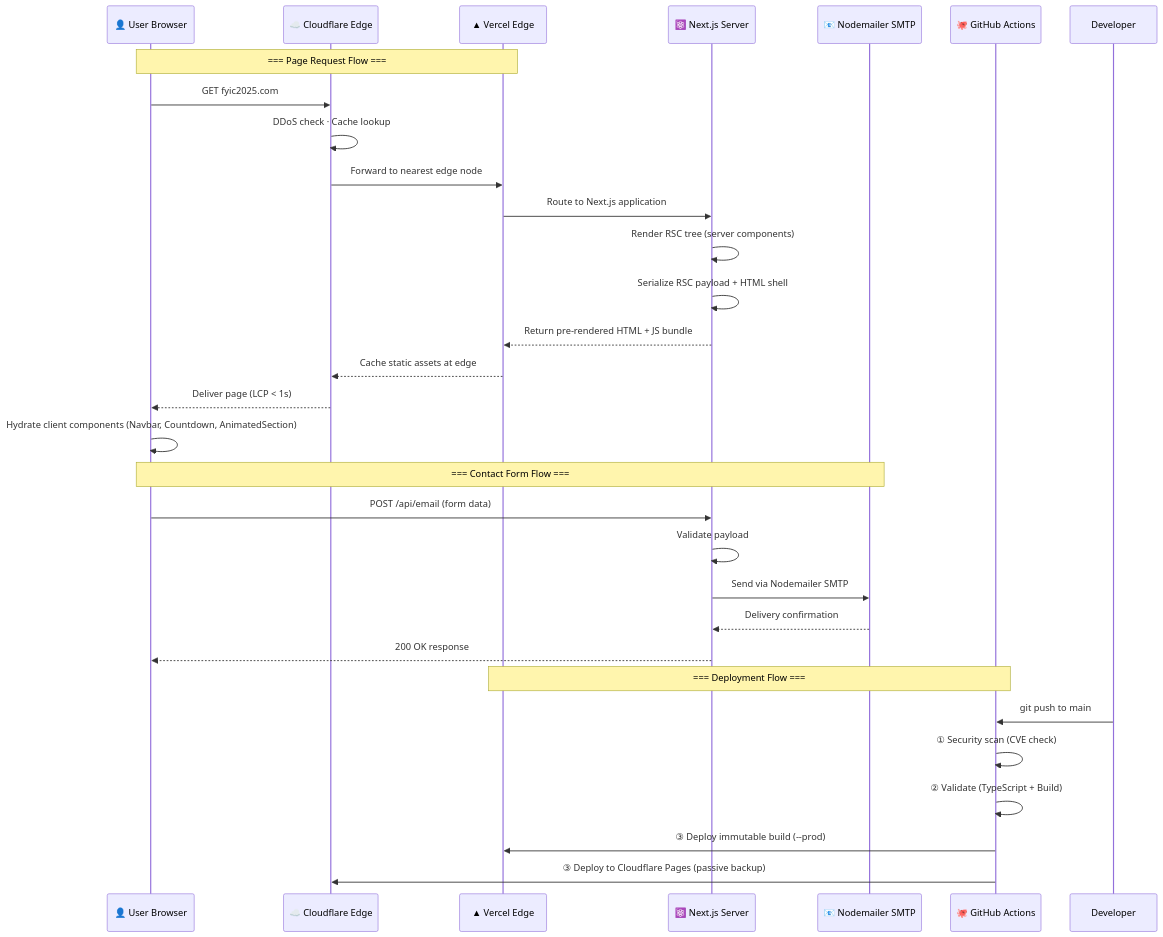
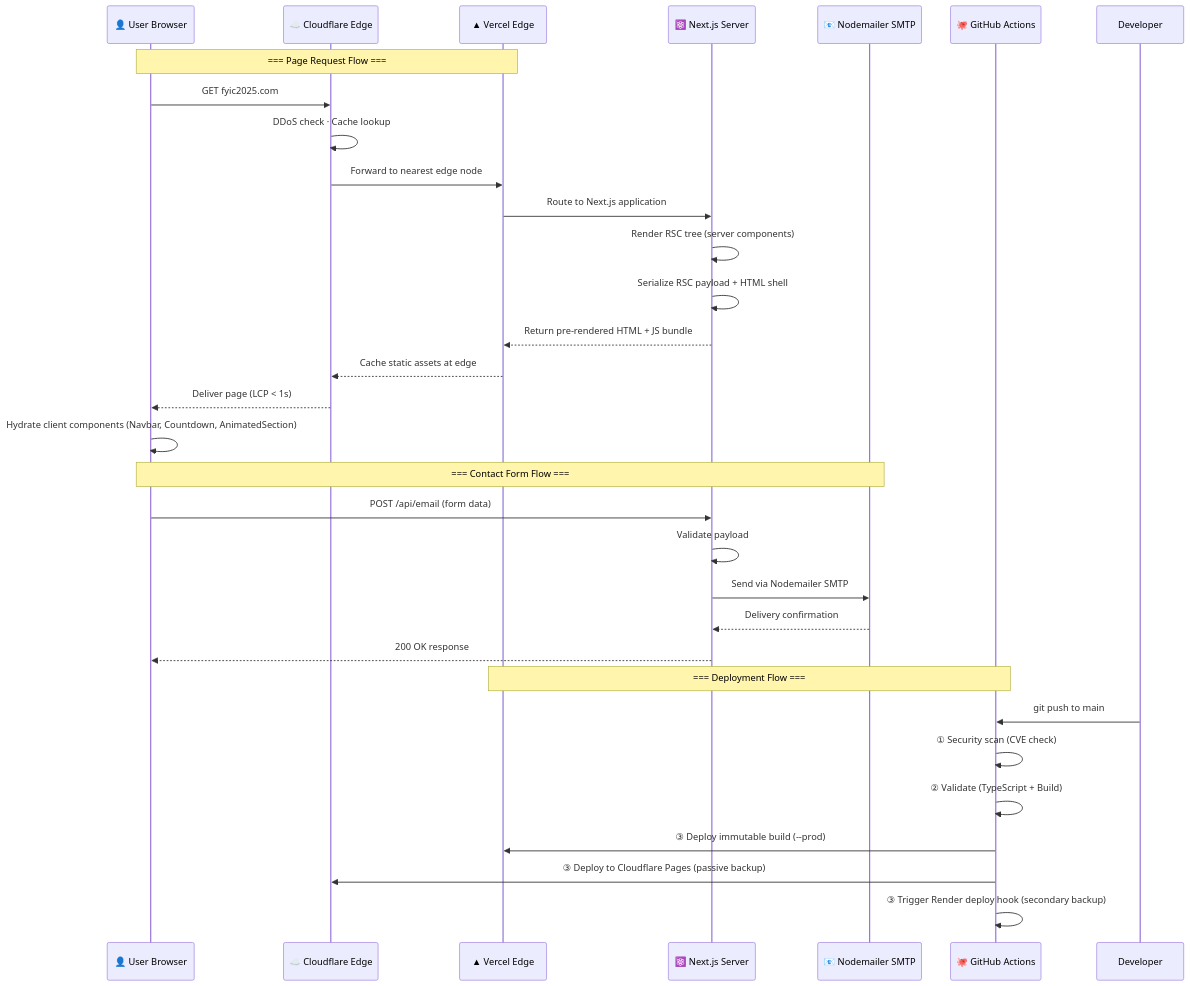
One commit to johnnietse/2025-fyic changed the fourth of 7 diagrams in README.md. Above: the diagram before and after it, drawn with Mermaid. The commit also changed other lines of this file and 1 other file, not shown here.

Commit message:
feat: add Render.com as secondary backup deployment target in CI/CD pipeline

````diff
--- a/README.md
+++ b/README.md
@@ -236,35 +239,36 @@
 ```mermaid
 sequenceDiagram
     participant User as 👤 User Browser
     participant CF as ☁️ Cloudflare Edge
     participant Vercel as ▲ Vercel Edge
     participant Next as ⚛️ Next.js Server
     participant Email as 📧 Nodemailer SMTP
     participant GH as 🐙 GitHub Actions
 
     Note over User,Vercel: === Page Request Flow ===
     User->>CF: GET fyic2025.com
     CF->>CF: DDoS check · Cache lookup
     CF->>Vercel: Forward to nearest edge node
     Vercel->>Next: Route to Next.js application
     Next->>Next: Render RSC tree (server components)
     Next->>Next: Serialize RSC payload + HTML shell
     Next-->>Vercel: Return pre-rendered HTML + JS bundle
     Vercel-->>CF: Cache static assets at edge
     CF-->>User: Deliver page (LCP < 1s)
     User->>User: Hydrate client components (Navbar, Countdown, AnimatedSection)
 
     Note over User,Email: === Contact Form Flow ===
     User->>Next: POST /api/email (form data)
     Next->>Next: Validate payload
     Next->>Email: Send via Nodemailer SMTP
     Email-->>Next: Delivery confirmation
     Next-->>User: 200 OK response
 
     Note over GH,Vercel: === Deployment Flow ===
     Developer->>GH: git push to main
     GH->>GH: ① Security scan (CVE check)
     GH->>GH: ② Validate (TypeScript + Build)
     GH->>Vercel: ③ Deploy immutable build (--prod)
     GH->>CF: ③ Deploy to Cloudflare Pages (passive backup)
+    GH->>GH: ③ Trigger Render deploy hook (secondary backup)
 ```
````
